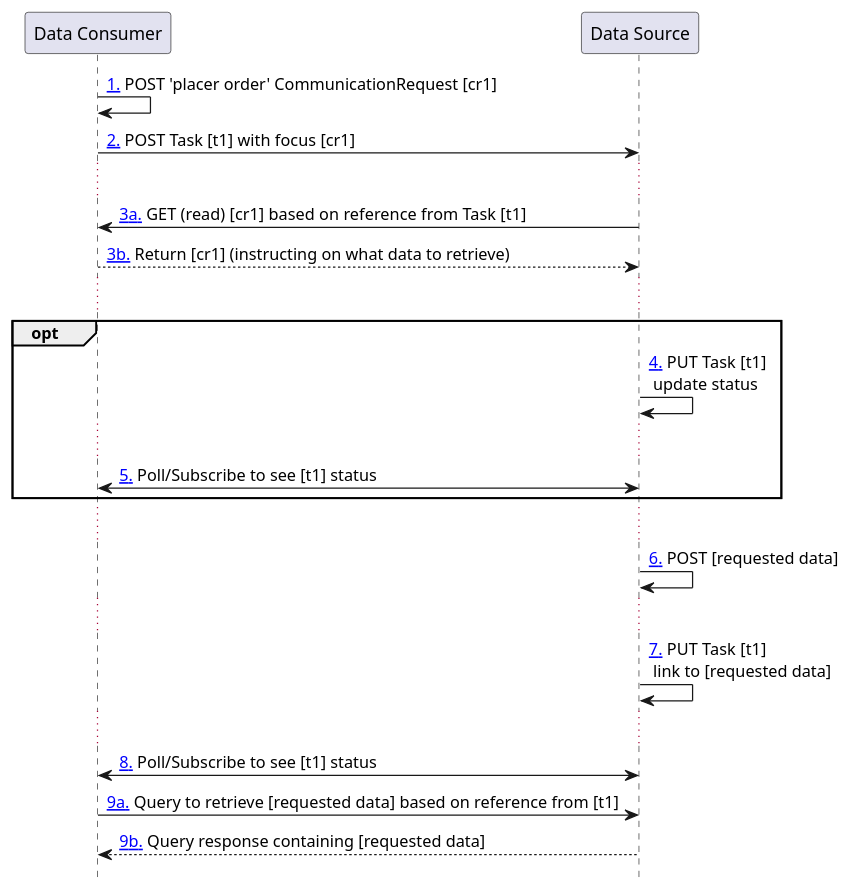
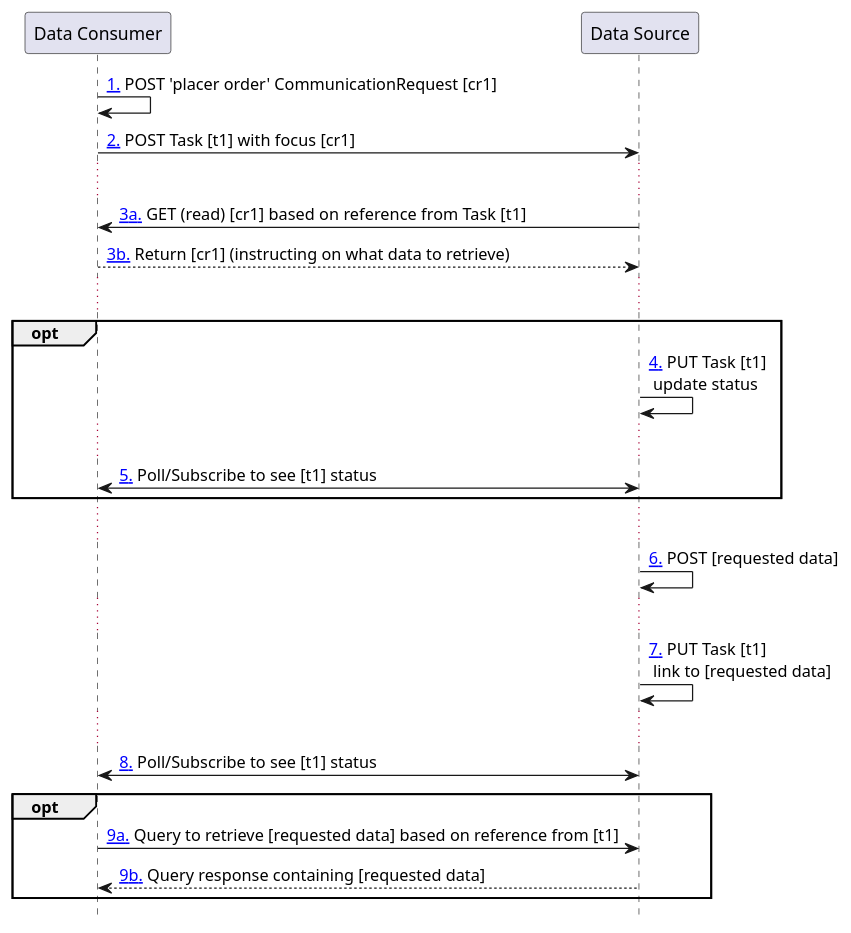
One commit to HL7/davinci-ehrx changed the diagram in input/images-source/communicationrequest-task.plantuml. Above: the diagram before and after it, drawn with PlantUML. The commit also changed 10 other files, not shown here.

Commit message:
Updated diagrams

```diff
--- a/input/images-source/communicationrequest-task.plantuml
+++ b/input/images-source/communicationrequest-task.plantuml
@@ -1,25 +1,26 @@
 @startuml
 hide footbox
 participant "Data Consumer" as Consumer
 participant "Data Source" as Source
 Consumer -> Consumer: [[#cr-task1 1.]] POST 'placer order' CommunicationRequest [cr1]
 Consumer -> Source: [[#cr-task2 2.]] POST Task [t1] with focus [cr1]
 ...
 Consumer <- Source: [[#cr-task3 3a.]] GET (read) [cr1] based on reference from Task [t1]
 Consumer --> Source: [[#cr-task3 3b.]] Return [cr1] (instructing on what data to retrieve)
 ...
 opt
-Source -> Source: [[#cr-task4 4.]] PUT Task [t1]\n update status
-...
-Consumer <-> Source: [[#cr-task5 5.]] Poll/Subscribe to see [t1] status
+  Source -> Source: [[#cr-task4 4.]] PUT Task [t1]\n update status
+  ...
+  Consumer <-> Source: [[#cr-task5 5.]] Poll/Subscribe to see [t1] status
 end
 ...
 Source -> Source: [[#cr-task6 6.]] POST [requested data]
 ...
 Source -> Source: [[#cr-task7 7.]] PUT Task [t1]\n link to [requested data]
 ...
 Consumer <-> Source: [[#cr-task8 8.]] Poll/Subscribe to see [t1] status
-
-Consumer -> Source: [[#cr-task9 9a.]] Query to retrieve [requested data] based on reference from [t1]
-Consumer <-- Source: [[#cr-task9 9b.]] Query response containing [requested data]
+opt
+  Consumer -> Source: [[#cr-task9 9a.]] Query to retrieve [requested data] based on reference from [t1]
+  Consumer <-- Source: [[#cr-task9 9b.]] Query response containing [requested data]
+end
 @enduml
```
